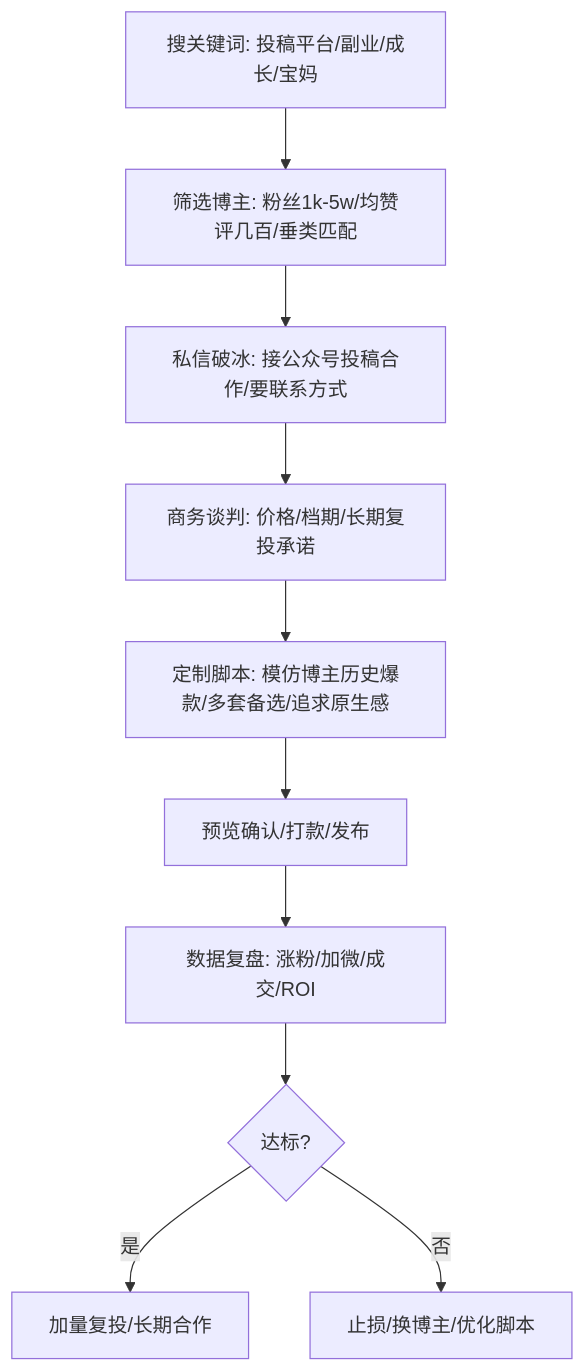
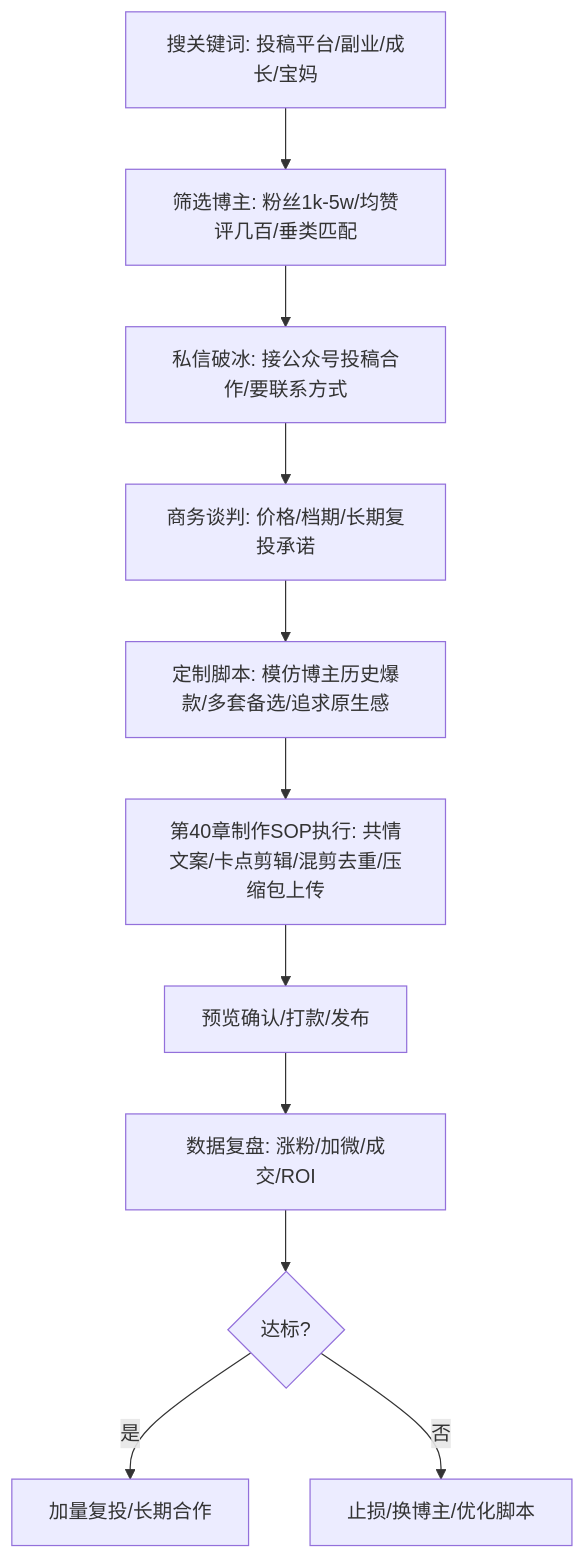
One commit to OpenDocCN1/flygon-zhuanqian-zhoubao changed the fifth of 9 diagrams in docs/202305_paper2textbook/chapter_041.md. Above: the diagram before and after it, drawn with Mermaid. The commit also changed other lines of this file and 1 other file, not shown here.

````diff
--- a/docs/202305_paper2textbook/chapter_041.md
+++ b/docs/202305_paper2textbook/chapter_041.md
@@ -379,11 +410,12 @@
 ```mermaid
 flowchart TD
     A[搜关键词: 投稿平台/副业/成长/宝妈] --> B[筛选博主: 粉丝1k-5w/均赞评几百/垂类匹配]
     B --> C[私信破冰: 接公众号投稿合作/要联系方式]
     C --> D[商务谈判: 价格/档期/长期复投承诺]
     D --> E[定制脚本: 模仿博主历史爆款/多套备选/追求原生感]
-    E --> F[预览确认/打款/发布]
-    F --> G[数据复盘: 涨粉/加微/成交/ROI]
-    G --> H{达标?} -- 是 --> I[加量复投/长期合作]
-    H -- 否 --> J[止损/换博主/优化脚本]
+    E --> F[第40章制作SOP执行: 共情文案/卡点剪辑/混剪去重/压缩包上传]
+    F --> G[预览确认/打款/发布]
+    G --> H[数据复盘: 涨粉/加微/成交/ROI]
+    H --> I{达标?} -- 是 --> J[加量复投/长期合作]
+    I -- 否 --> K[止损/换博主/优化脚本]
 ```
````
